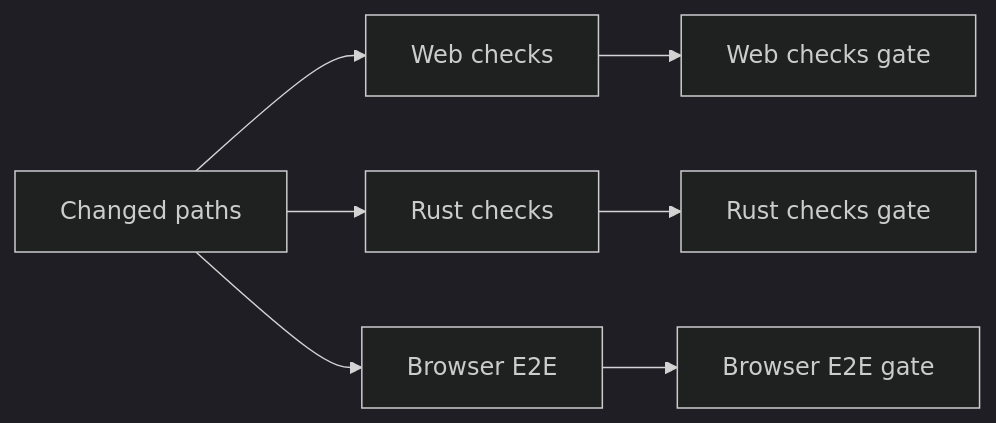
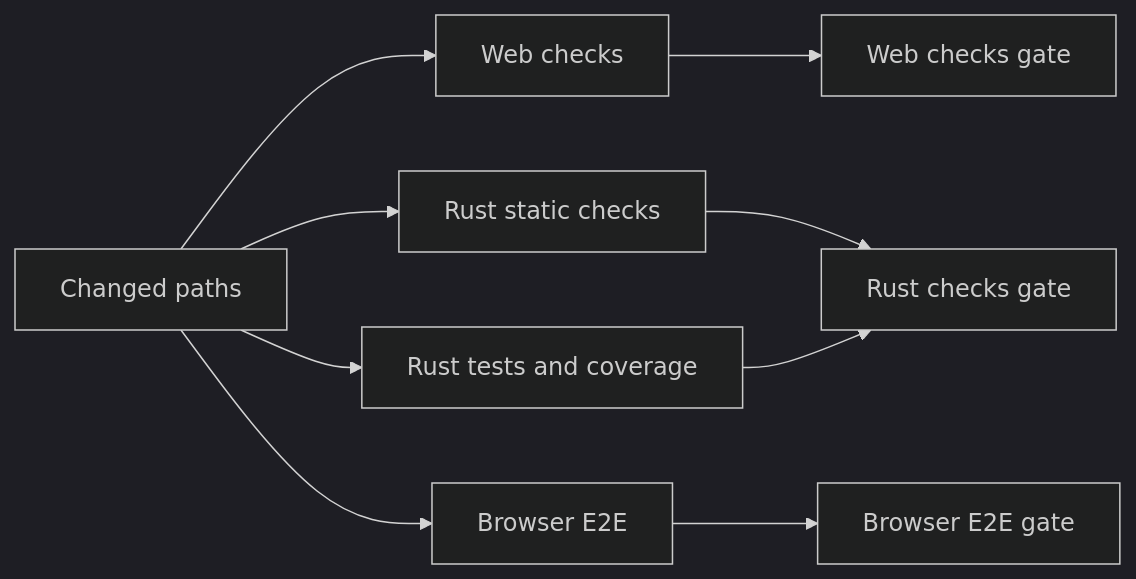
One commit to Av1ation-Association/Av1ation-Station changed the first of 2 diagrams in docs/plan/05-ci.md. Above: the diagram before and after it, drawn with Mermaid (dark theme). The commit also changed other lines of this file and 3 other files, not shown here.

Commit message:
perf(ci): parallelize Rust checks and skip toolchain setup on cache hits

````diff
--- a/docs/plan/05-ci.md
+++ b/docs/plan/05-ci.md
@@ -48,9 +48,11 @@
 ```mermaid
 flowchart LR
     CH["Changed paths"] --> W["Web checks"]
-    CH --> R["Rust checks"]
+    CH --> RS["Rust static checks"]
+    CH --> RT["Rust tests and coverage"]
     CH --> E["Browser E2E"]
     W --> WG["Web checks gate"]
-    R --> RG["Rust checks gate"]
+    RS --> RG["Rust checks gate"]
+    RT --> RG
     E --> EG["Browser E2E gate"]
 ```
````
